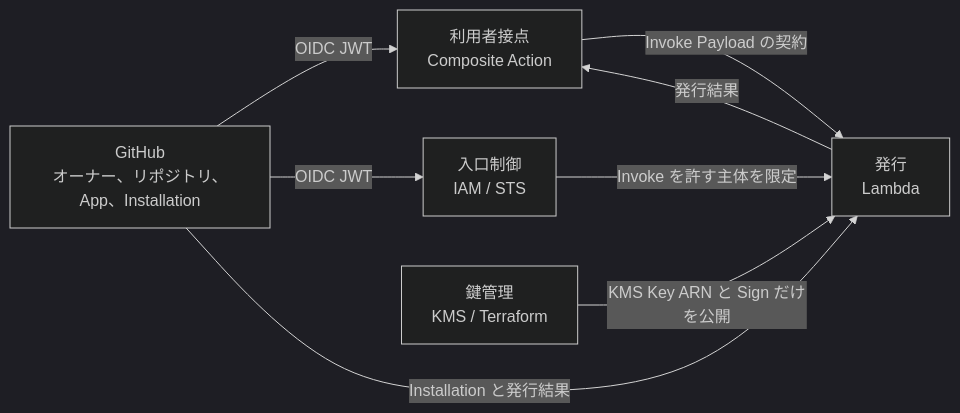
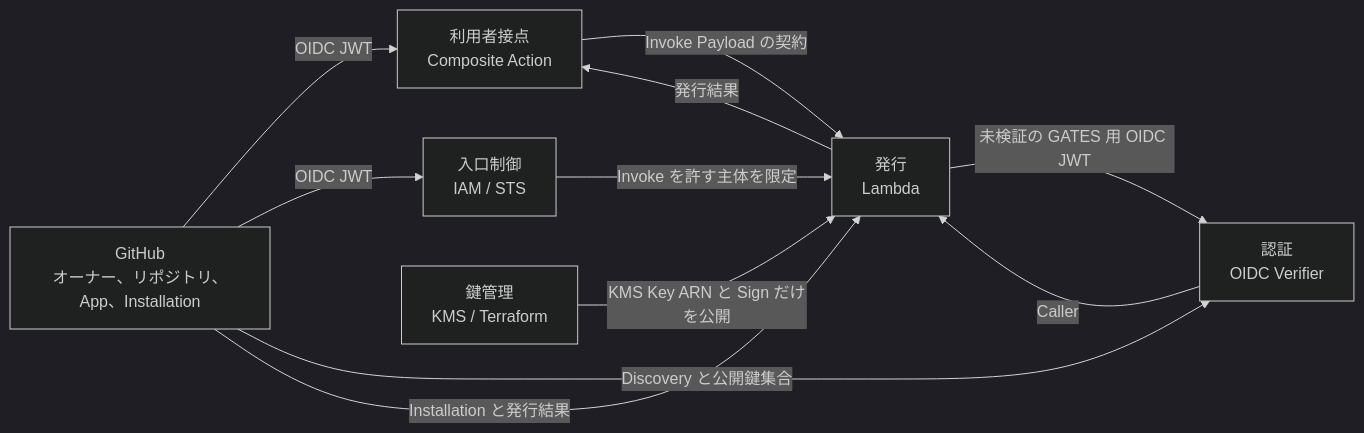
Before and after one commit to tmknom/gates: the third of 3 diagrams in docs/design/domain.md, drawn with Mermaid (dark theme). The commit also changed other lines of this file and 55 other files, not shown here.

````diff
--- a/docs/design/domain.md
+++ b/docs/design/domain.md
@@ -488,15 +503,19 @@
 ```mermaid
 flowchart LR
   GH[GitHub<br/>オーナー、リポジトリ、App、Installation]
   UI[利用者接点<br/>Composite Action]
   EC[入口制御<br/>IAM / STS]
+  AN[認証<br/>OIDC Verifier]
   IS[発行<br/>Lambda]
   KC[鍵管理<br/>KMS / Terraform]
   UI -->|Invoke Payload の契約| IS
   EC -->|Invoke を許す主体を限定| IS
+  IS -->|未検証の GATES 用 OIDC JWT| AN
+  AN -->|Caller| IS
   KC -->|KMS Key ARN と Sign だけを公開| IS
   GH -->|OIDC JWT| UI
   GH -->|OIDC JWT| EC
+  GH -->|Discovery と公開鍵集合| AN
   GH -->|Installation と発行結果| IS
   IS -->|発行結果| UI
 ```
````
